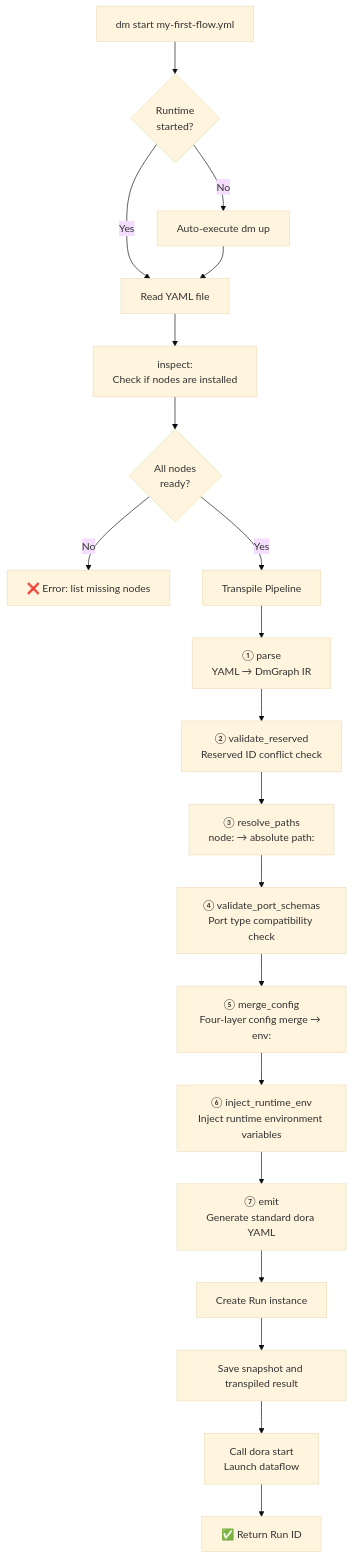
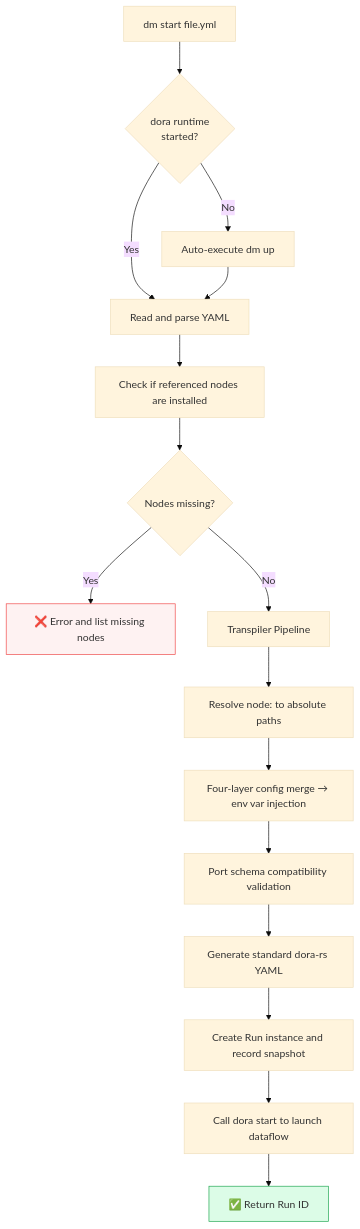
Before and after one commit to l1veIn/dora-manager: the third of 3 diagrams in wiki/zh/en/02-quickstart.md, drawn with Mermaid (base theme). The commit also changed other lines of this file and 99 other files, not shown here.

````diff
--- a/wiki/zh/en/02-quickstart.md
+++ b/wiki/zh/en/02-quickstart.md
@@ -194,24 +174,21 @@
 ```mermaid
 flowchart TD
-    A["dm start my-first-flow.yml"] --> B{"Runtime<br/>started?"}
+    A["dm start file.yml"] --> B{"dora runtime<br/>started?"}
     B -- No --> C["Auto-execute dm up"]
-    B -- Yes --> D["Read YAML file"]
+    B -- Yes --> D["Read and parse YAML"]
     C --> D
-    D --> E["inspect:<br/>Check if nodes are installed"]
-    E --> F{"All nodes<br/>ready?"}
-    F -- No --> G["❌ Error: list missing nodes"]
-    F -- Yes --> H["Transpile Pipeline"]
-    
-    H --> H1["① parse<br/>YAML → DmGraph IR"]
-    H1 --> H2["② validate_reserved<br/>Reserved ID conflict check"]
-    H2 --> H3["③ resolve_paths<br/>node: → absolute path:"]
-    H3 --> H4["④ validate_port_schemas<br/>Port type compatibility check"]
-    H4 --> H5["⑤ merge_config<br/>Four-layer config merge → env:"]
-    H5 --> H6["⑥ inject_runtime_env<br/>Inject runtime environment variables"]
-    H6 --> H7["⑦ emit<br/>Generate standard dora YAML"]
-    
-    H7 --> I["Create Run instance"]
-    I --> J["Save snapshot and transpiled result"]
-    J --> K["Call dora start<br/>Launch dataflow"]
-    K --> L["✅ Return Run ID"]
+    D --> E["Check if referenced nodes are installed"]
+    E --> F{"Nodes missing?"}
+    F -- Yes --> G["❌ Error and list missing nodes"]
+    F -- No --> H["Transpiler Pipeline"]
+    H --> H1["Resolve node: to absolute paths"]
+    H1 --> H2["Four-layer config merge → env var injection"]
+    H2 --> H3["Port schema compatibility validation"]
+    H3 --> H4["Generate standard dora-rs YAML"]
+    H4 --> I["Create Run instance and record snapshot"]
+    I --> J["Call dora start to launch dataflow"]
+    J --> K["✅ Return Run ID"]
+
+    style G fill:#fef2f2,stroke:#ef4444
+    style K fill:#dcfce7,stroke:#16a34a
 ```
````
